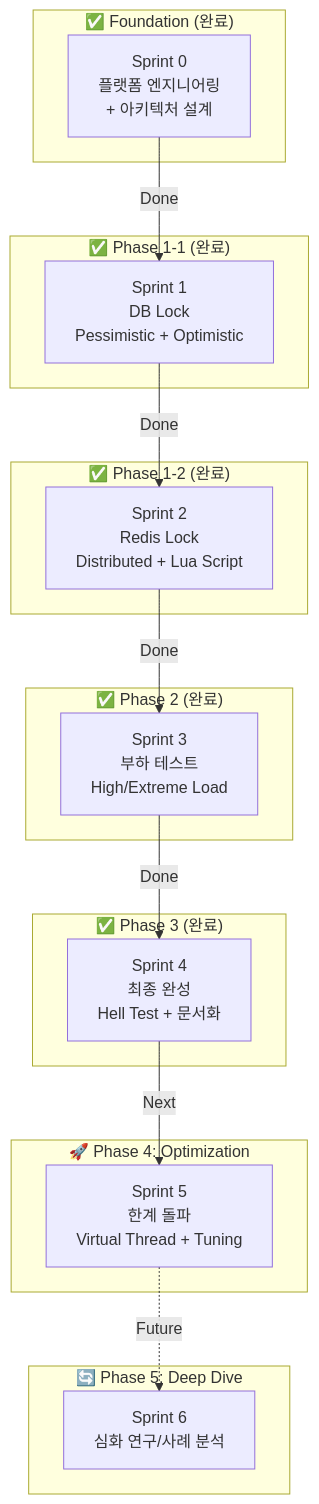
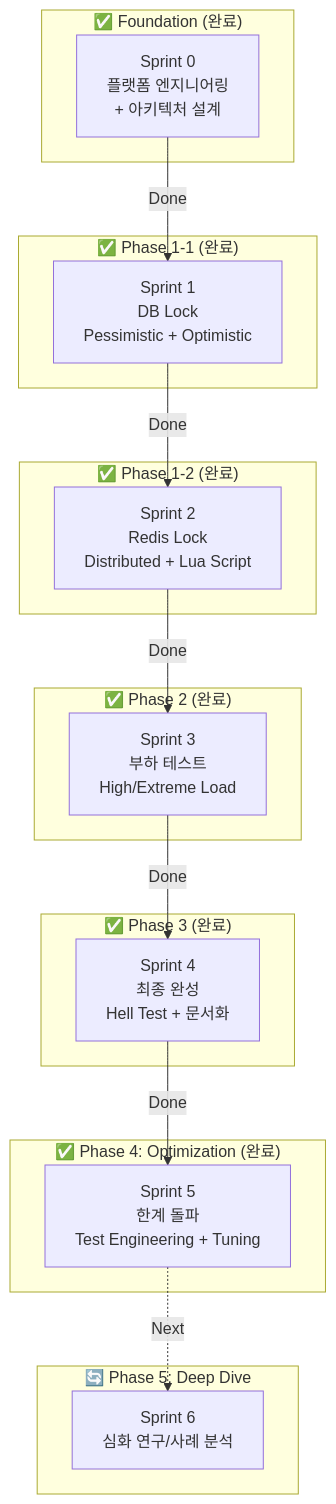
The first of 2 diagrams in docs/planning/how-diagram.md (JuJin1324/concurrency-control-poc), drawn with Mermaid before and after one commit. The commit also changed other lines of this file and 21 other files, not shown here.

````diff
--- a/docs/planning/how-diagram.md
+++ b/docs/planning/how-diagram.md
@@ -28,37 +28,37 @@
 ```mermaid
 flowchart TD
     subgraph Foundation["✅ Foundation (완료)"]
         S0[Sprint 0<br/>플랫폼 엔지니어링<br/>+ 아키텍처 설계]
     end
 
     subgraph Phase1Done["✅ Phase 1-1 (완료)"]
         S1[Sprint 1<br/>DB Lock<br/>Pessimistic + Optimistic]
     end
 
     subgraph Phase1Done2["✅ Phase 1-2 (완료)"]
         S2[Sprint 2<br/>Redis Lock<br/>Distributed + Lua Script]
     end
 
     subgraph Phase2Done["✅ Phase 2 (완료)"]
         S3[Sprint 3<br/>부하 테스트<br/>High/Extreme Load]
     end
 
     subgraph Phase3Done["✅ Phase 3 (완료)"]
         S4[Sprint 4<br/>최종 완성<br/>Hell Test + 문서화]
     end
 
-    subgraph Optimization["🚀 Phase 4: Optimization"]
-        S5[Sprint 5<br/>한계 돌파<br/>Virtual Thread + Tuning]
+    subgraph Optimization["✅ Phase 4: Optimization (완료)"]
+        S5[Sprint 5<br/>한계 돌파<br/>Test Engineering + Tuning]
     end
 
     subgraph DeepDive["🔄 Phase 5: Deep Dive"]
         S6[Sprint 6<br/>심화 연구/사례 분석]
     end
 
     S0 -->|Done| S1
     S1 -->|Done| S2
     S2 -->|Done| S3
     S3 -->|Done| S4
-    S4 -->|Next| S5
-    S5 -.->|Future| S6
+    S4 -->|Done| S5
+    S5 -.->|Next| S6
 ```
````
